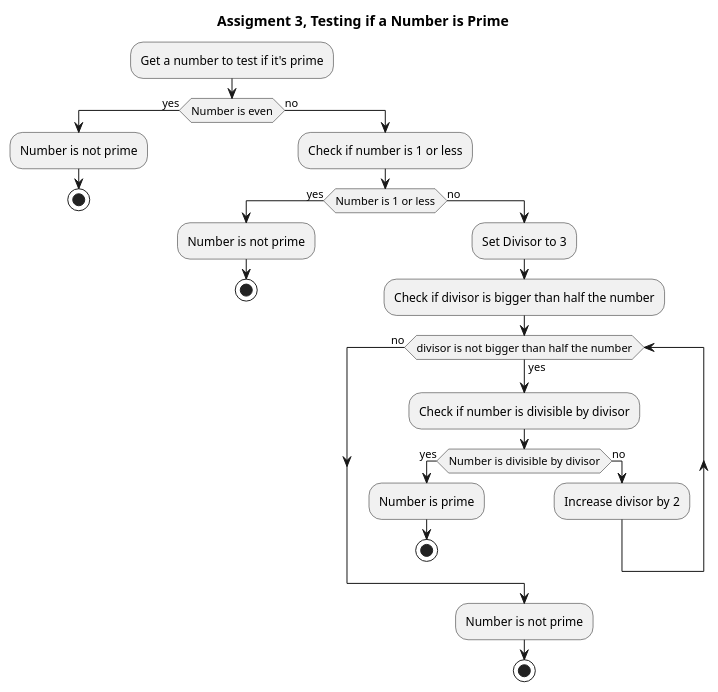
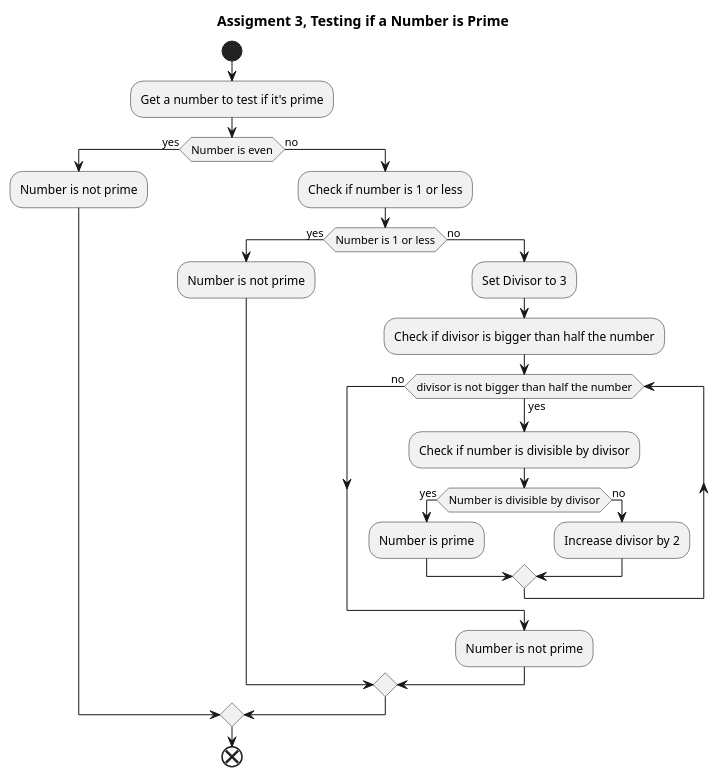
One commit to TobyNatooor/machine-prog-group-1 changed the diagram in diagrams/assignment_3.pu. Above: the diagram before and after it, drawn with PlantUML. The commit also changed 2 other files, not shown here.

Commit message:
updated diagrams

```diff
--- a/diagrams/assignment_3.pu
+++ b/diagrams/assignment_3.pu
@@ -1,35 +1,33 @@
 @startuml assignment_3
 skinparam linetype ortho
 hide empty methods
 hide empty fields
 hide circle
 
 title Assigment 3, Testing if a Number is Prime
 
+start
 :Get a number to test if it's prime;
 if (Number is even) then (yes)
     :Number is not prime;
-    stop
 else (no)
     :Check if number is 1 or less;
     if (Number is 1 or less) then (yes)
         :Number is not prime;
-        stop
     else (no)
         :Set Divisor to 3;
         :Check if divisor is bigger than half the number;
         while (divisor is not bigger than half the number) is (yes)
             :Check if number is divisible by divisor;
             if (Number is divisible by divisor) then (yes)
                 :Number is prime;
-                stop
             else (no)
                 :Increase divisor by 2;
             endif
         endwhile (no)
         :Number is not prime;
-        stop
     endif
 endif
+end
 
 @enduml
```
